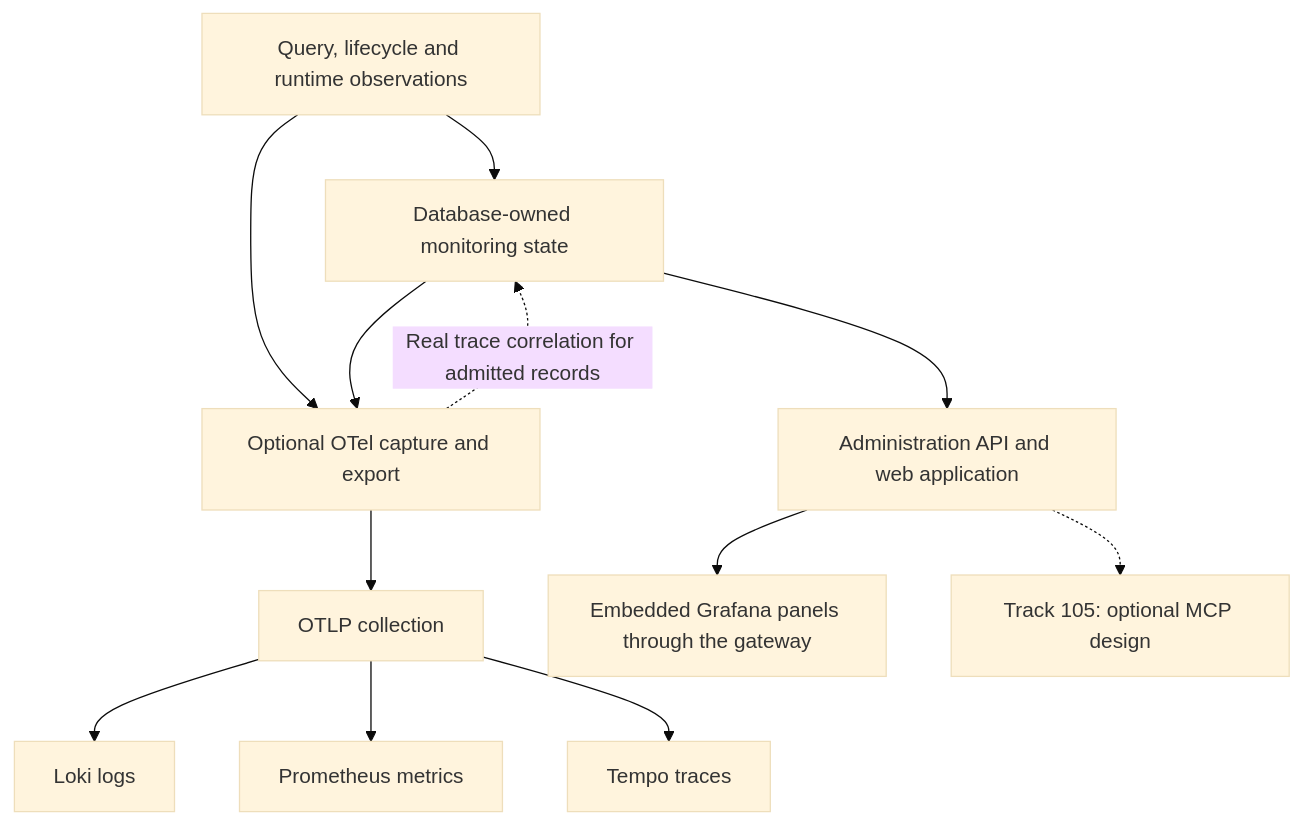
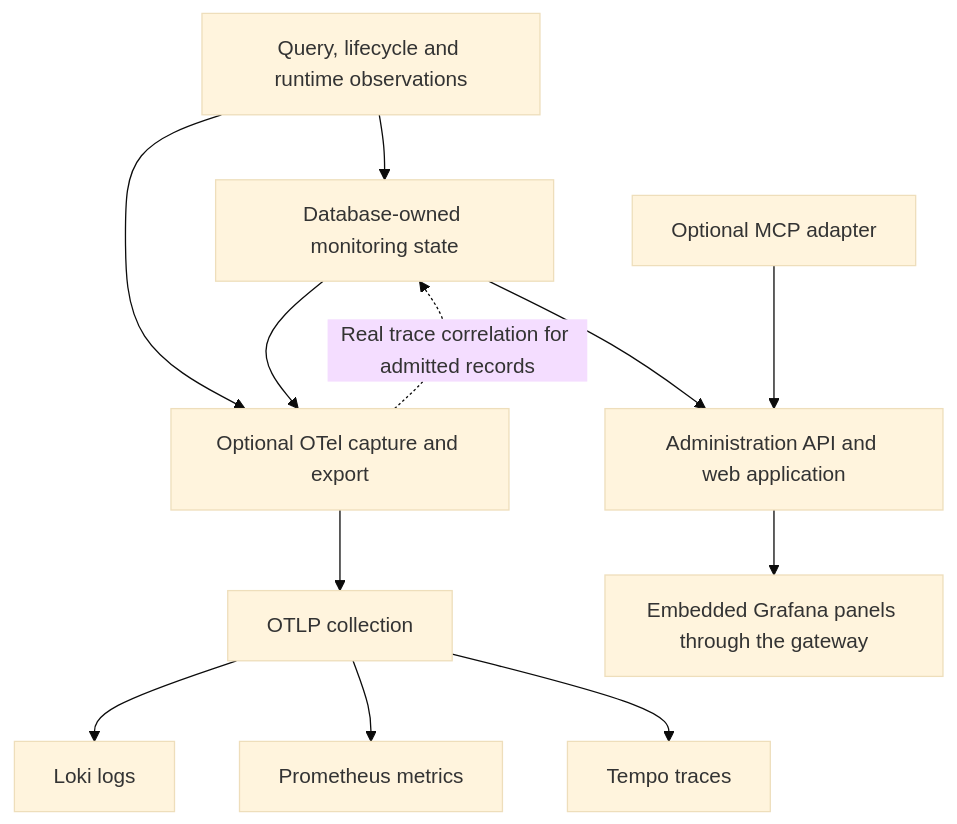
One commit to JetBrains/youtrackdb changed the fifth of 9 diagrams in docs/adr/ytdb-496-opentelemetry-support/_workflow/design.md. Above: the diagram before and after it, drawn with Mermaid (base theme). The commit also changed other lines of this file and 2 other files, not shown here.

First line of the commit message:
Track 105: Design the MCP module and its authorization

````diff
--- a/docs/adr/ytdb-496-opentelemetry-support/_workflow/design.md
+++ b/docs/adr/ytdb-496-opentelemetry-support/_workflow/design.md
@@ -1652,14 +1666,14 @@
 ```mermaid
 flowchart TB
   C[Query, lifecycle and runtime observations] --> D[Database-owned monitoring state]
   C --> O[Optional OTel capture and export]
   D --> O
   O -.->|Real trace correlation for admitted records| D
   O --> P[OTLP collection]
   P --> L[Loki logs]
   P --> R[Prometheus metrics]
   P --> T[Tempo traces]
   D --> A[Administration API and web application]
   A --> G[Embedded Grafana panels through the gateway]
-  A -.-> M[Track 105: optional MCP design]
+  M[Optional MCP adapter] --> A
 ```
````
